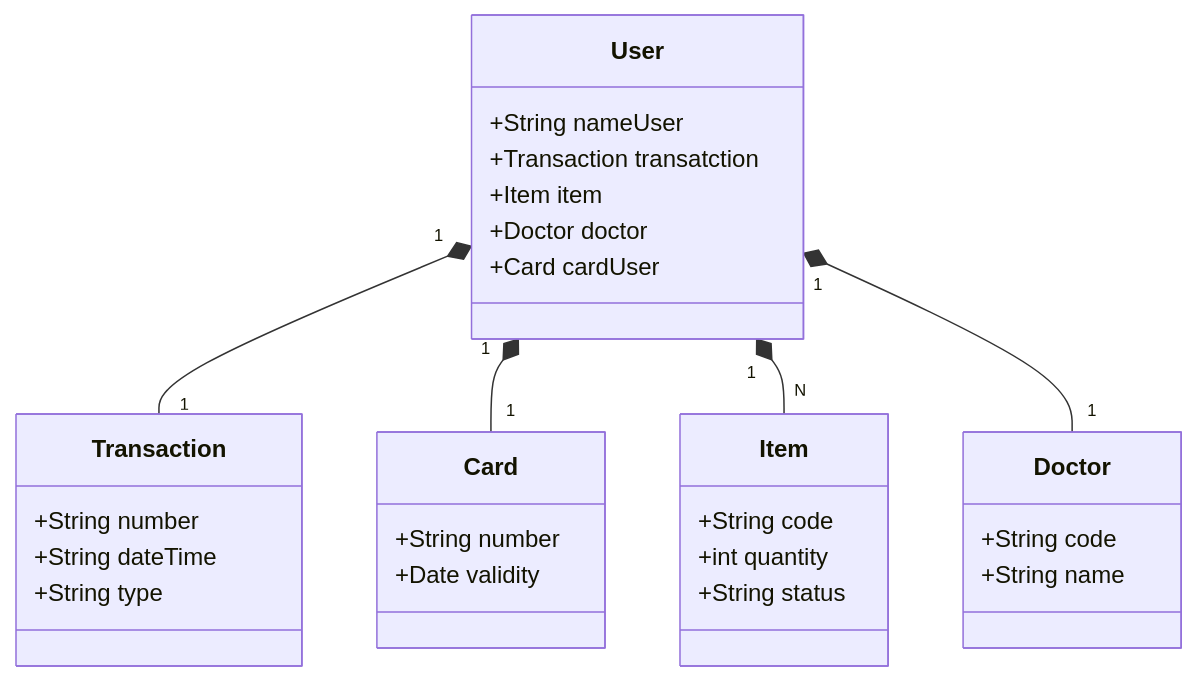
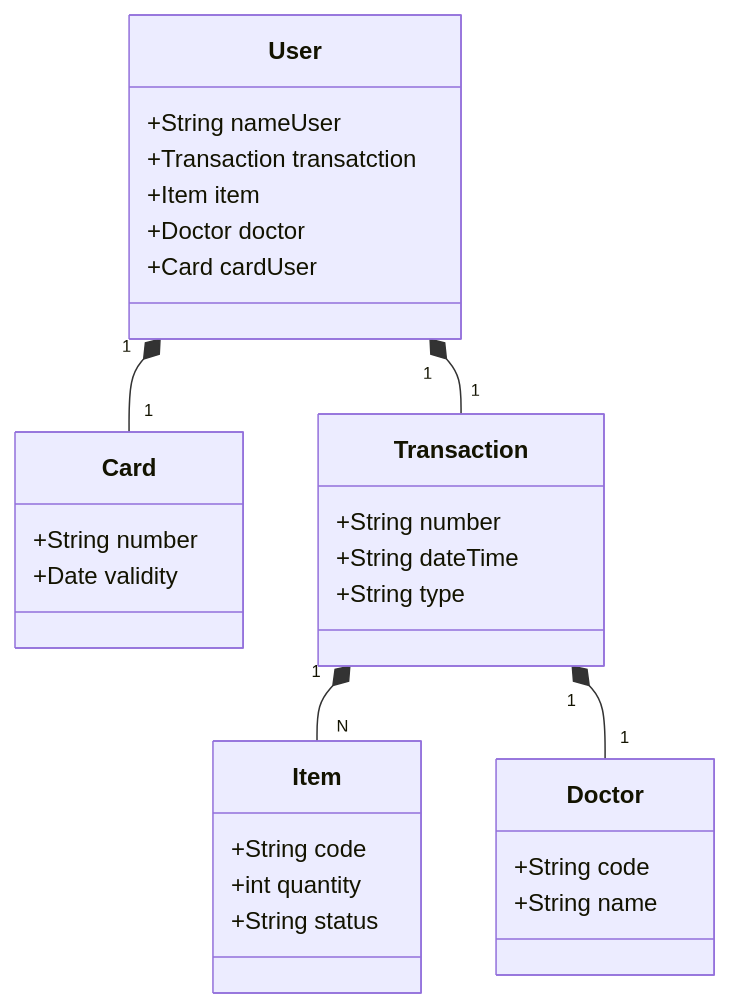
One commit to andrea-junia/dio-api-rest-java-railway changed the diagram in README.md. Above: the diagram before and after it, drawn with Mermaid.

````diff
--- a/README.md
+++ b/README.md
@@ -15,35 +15,35 @@
 ```mermaid
 classDiagram
     class User {
         +String nameUser
         +Transaction transatction
         +Item item
         +Doctor doctor
         +Card cardUser
     }
     
     class Card {
         +String number
         +Date validity
     }
 
     class Transaction {
         +String number
         +String dateTime
         +String type
     }
     class Item {
         +String code
         +int quantity
         +String status
     }
     class Doctor {
         +String code
         +String name
     }
 
   User "1" *-- "1" Transaction
   User "1" *-- "1" Card
-  User "1" *-- "N" Item
-  User "1" *-- "1" Doctor
+  Transaction "1" *-- "N" Item
+  Transaction "1" *-- "1" Doctor
 ```
````
